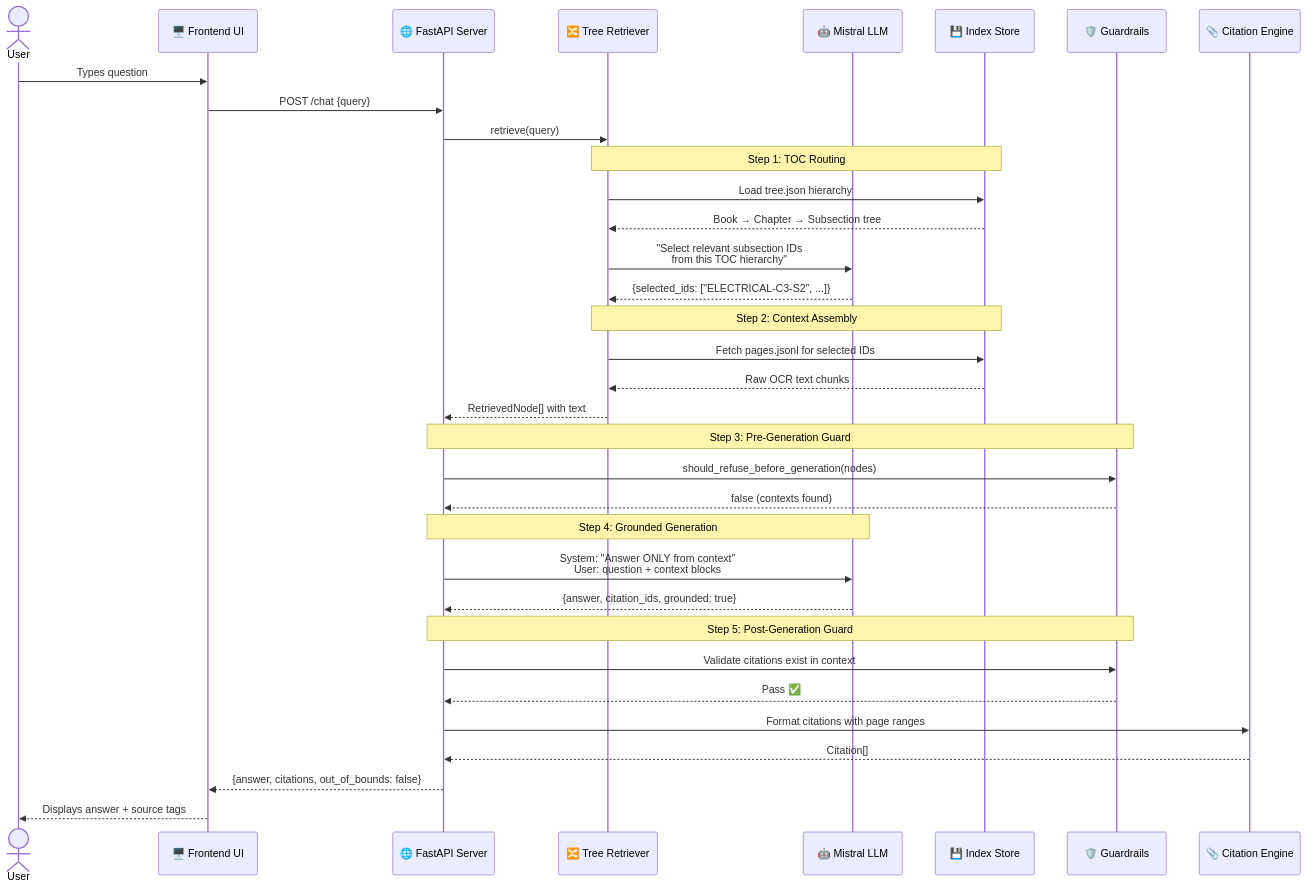
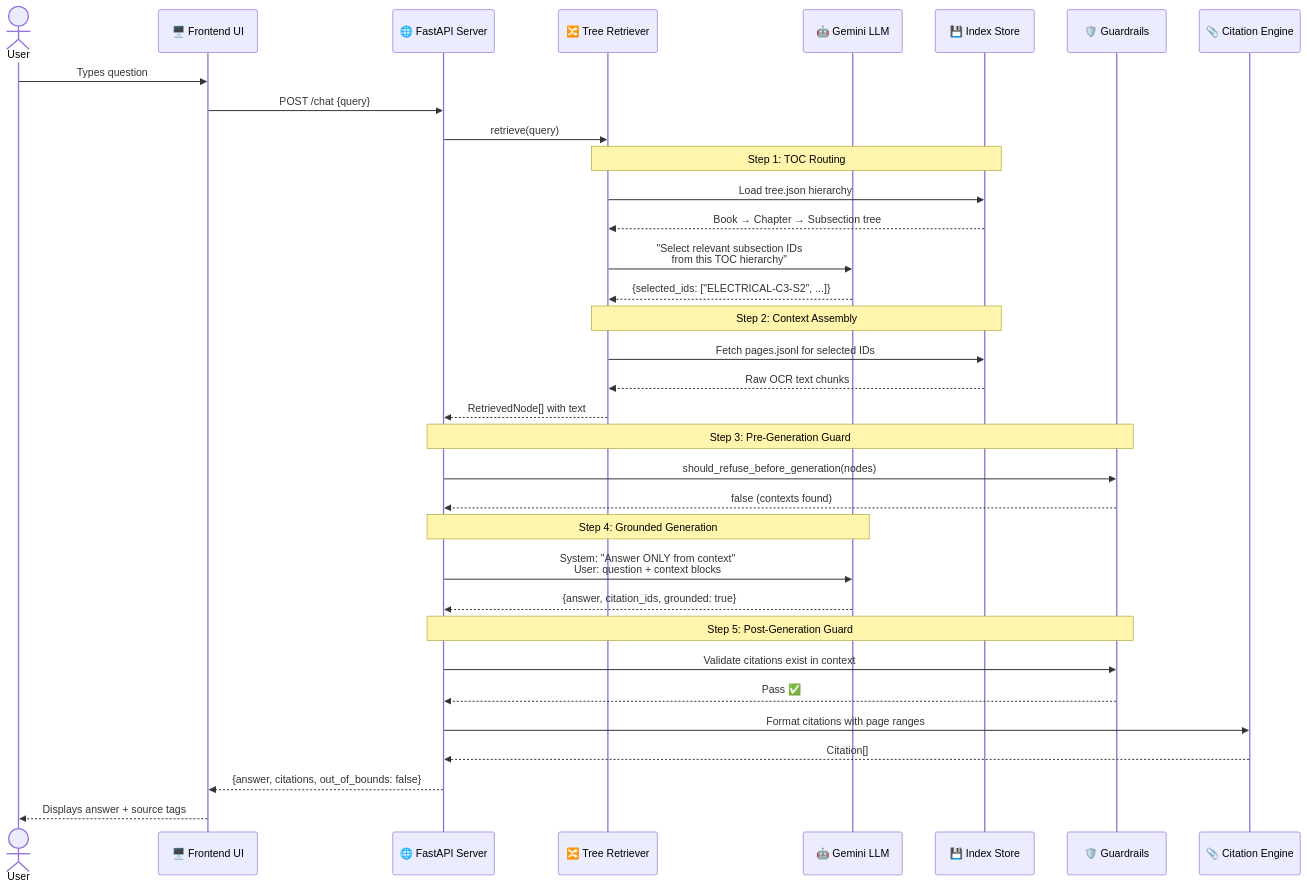
One commit to WaqarMoid/vectorless-rag-bot_subsection_wise changed the third of 5 diagrams in README.md. Above: the diagram before and after it, drawn with Mermaid. The commit also changed other lines of this file and 13 other files, not shown here.

Commit message:
feat: migrate LLM backend from Mistral to Google Gemini (gemini-3.8-flash), surface API errors cleanly, update docs and architecture docx

````diff
--- a/README.md
+++ b/README.md
@@ -125,43 +125,43 @@
 ```mermaid
 sequenceDiagram
     actor User
     participant UI as 🖥️ Frontend UI
     participant API as 🌐 FastAPI Server
     participant RET as 🔀 Tree Retriever
-    participant LLM as 🤖 Mistral LLM
+    participant LLM as 🤖 Gemini LLM
     participant IDX as 💾 Index Store
     participant GRD as 🛡️ Guardrails
     participant CIT as 📎 Citation Engine
 
     User->>UI: Types question
     UI->>API: POST /chat {query}
     API->>RET: retrieve(query)
 
     Note over RET,IDX: Step 1: TOC Routing
     RET->>IDX: Load tree.json hierarchy
     IDX-->>RET: Book → Chapter → Subsection tree
     RET->>LLM: "Select relevant subsection IDs<br/>from this TOC hierarchy"
     LLM-->>RET: {selected_ids: ["ELECTRICAL-C3-S2", ...]}
 
     Note over RET,IDX: Step 2: Context Assembly
     RET->>IDX: Fetch pages.jsonl for selected IDs
     IDX-->>RET: Raw OCR text chunks
     RET-->>API: RetrievedNode[] with text
 
     Note over API,GRD: Step 3: Pre-Generation Guard
     API->>GRD: should_refuse_before_generation(nodes)
     GRD-->>API: false (contexts found)
 
     Note over API,LLM: Step 4: Grounded Generation
     API->>LLM: System: "Answer ONLY from context"<br/>User: question + context blocks
     LLM-->>API: {answer, citation_ids, grounded: true}
 
     Note over API,GRD: Step 5: Post-Generation Guard
     API->>GRD: Validate citations exist in context
     GRD-->>API: Pass ✅
 
     API->>CIT: Format citations with page ranges
     CIT-->>API: Citation[]
     API-->>UI: {answer, citations, out_of_bounds: false}
     UI-->>User: Displays answer + source tags
 ```
````
